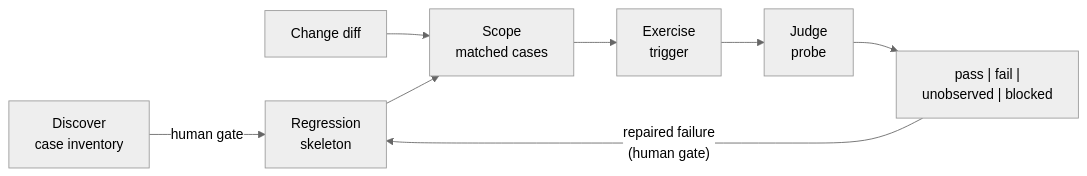
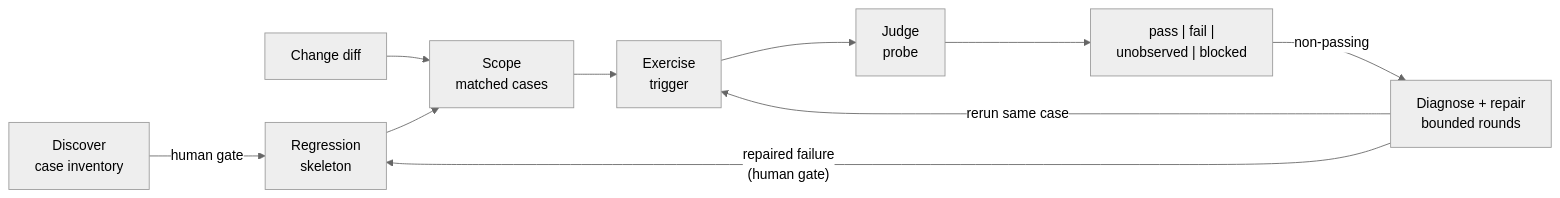
Before and after one commit to Justinhubbard37/better-harness: the diagram in references/project-harness/agent-verify-loop.md, drawn with Mermaid (neutral theme). The commit also changed other lines of this file and 3 other files, not shown here.

````diff
--- a/references/project-harness/agent-verify-loop.md
+++ b/references/project-harness/agent-verify-loop.md
@@ -18,10 +18,12 @@
 ```mermaid
 flowchart LR
   D["Discover<br/>case inventory"] -- human gate --> K["Regression<br/>skeleton"]
   C["Change diff"] --> S["Scope<br/>matched cases"]
   K --> S
   S --> E["Exercise<br/>trigger"]
   E --> J["Judge<br/>probe"]
   J --> V["pass | fail |<br/>unobserved | blocked"]
-  V -- "repaired failure<br/>(human gate)" --> K
+  V -- non-passing --> R["Diagnose + repair<br/>bounded rounds"]
+  R -- rerun same case --> E
+  R -- "repaired failure<br/>(human gate)" --> K
 ```
````
